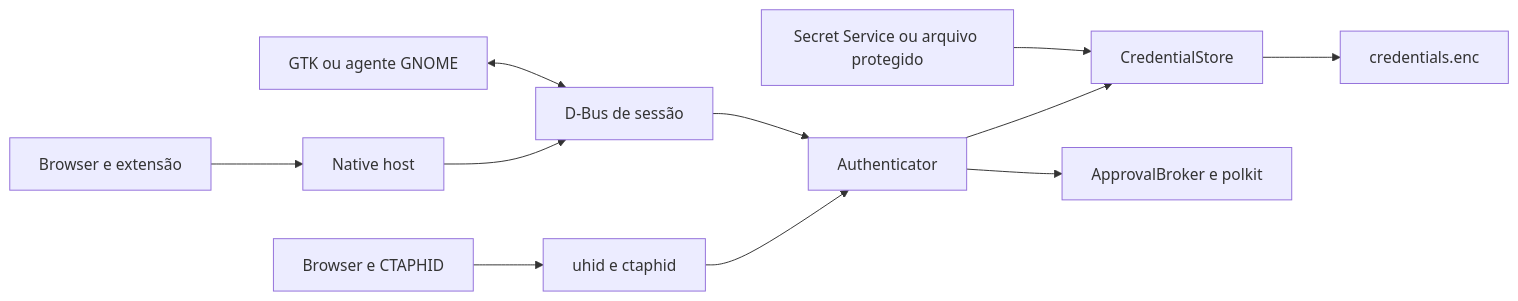
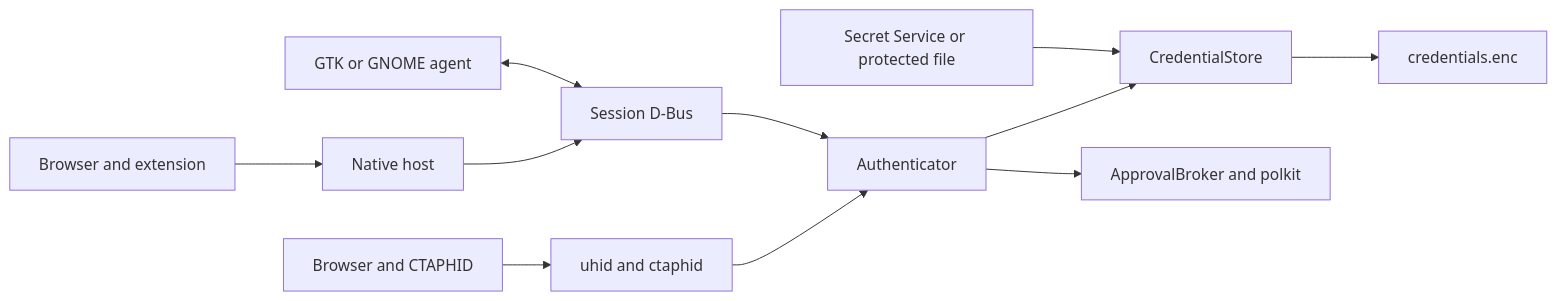
Before and after one commit to HaythmKenway/Linux-Passkey: the diagram in docs/BITWARDEN-AUDIT.md, drawn with Mermaid. The commit also changed other lines of this file and 2 other files, not shown here.

````diff
--- a/docs/BITWARDEN-AUDIT.md
+++ b/docs/BITWARDEN-AUDIT.md
@@ -60,13 +61,13 @@
 ```mermaid
 flowchart LR
-    B[Browser e extensão] --> N[Native host]
-    N --> D[D-Bus de sessão]
-    USB[Browser e CTAPHID] --> H[uhid e ctaphid]
+    B[Browser and extension] --> N[Native host]
+    N --> D[Session D-Bus]
+    USB[Browser and CTAPHID] --> H[uhid and ctaphid]
     H --> A[Authenticator]
     D --> A
-    UI[GTK ou agente GNOME] <--> D
+    UI[GTK or GNOME agent] <--> D
     A --> S[CredentialStore]
     S --> E[credentials.enc]
-    K[Secret Service ou arquivo protegido] --> S
-    A --> P[ApprovalBroker e polkit]
+    K[Secret Service or protected file] --> S
+    A --> P[ApprovalBroker and polkit]
 ```
````
